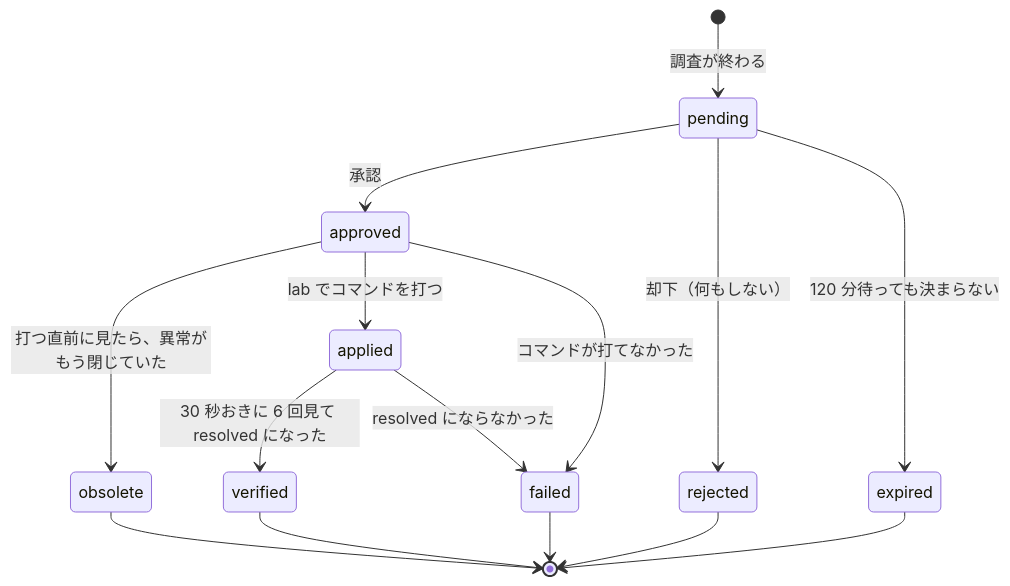
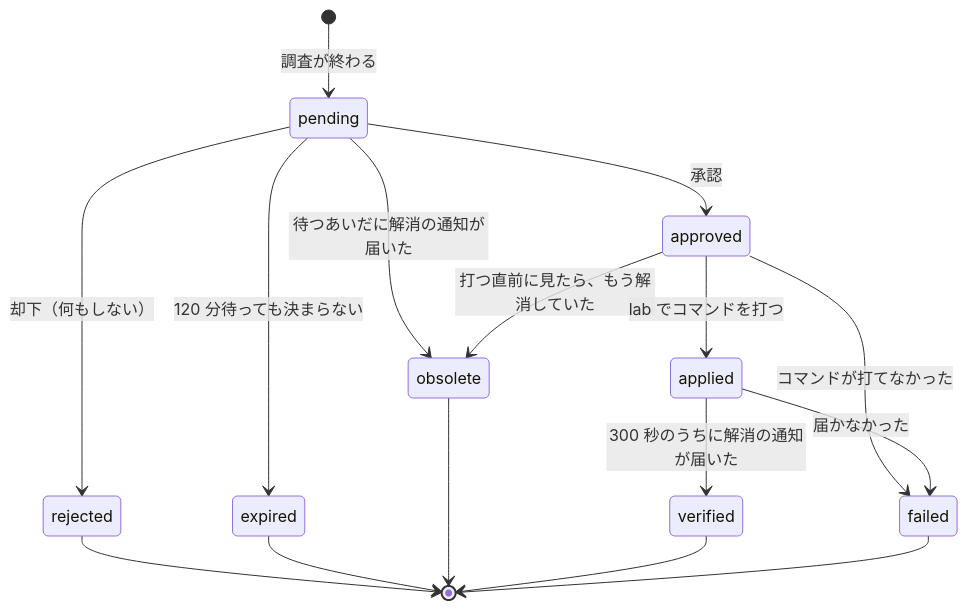
One commit to eddie-eights/cf-netops-sandbox changed the second of 2 diagrams in docs/workflow.md. Above: the diagram before and after it, drawn with Mermaid. The commit also changed other lines of this file and 10 other files, not shown here.

````diff
--- a/docs/workflow.md
+++ b/docs/workflow.md
@@ -31,17 +35,18 @@
 ```mermaid
 stateDiagram-v2
   [*] --> pending: 調査が終わる
   pending --> approved: 承認
   pending --> rejected: 却下（何もしない）
   pending --> expired: 120 分待っても決まらない
-  approved --> obsolete: 打つ直前に見たら、異常がもう閉じていた
+  pending --> obsolete: 待つあいだに解消の通知が届いた
+  approved --> obsolete: 打つ直前に見たら、もう解消していた
   approved --> applied: lab でコマンドを打つ
   approved --> failed: コマンドが打てなかった
-  applied --> verified: 30 秒おきに 6 回見て resolved になった
-  applied --> failed: resolved にならなかった
+  applied --> verified: 300 秒のうちに解消の通知が届いた
+  applied --> failed: 届かなかった
   rejected --> [*]
   expired --> [*]
   obsolete --> [*]
   verified --> [*]
   failed --> [*]
 ```
````
